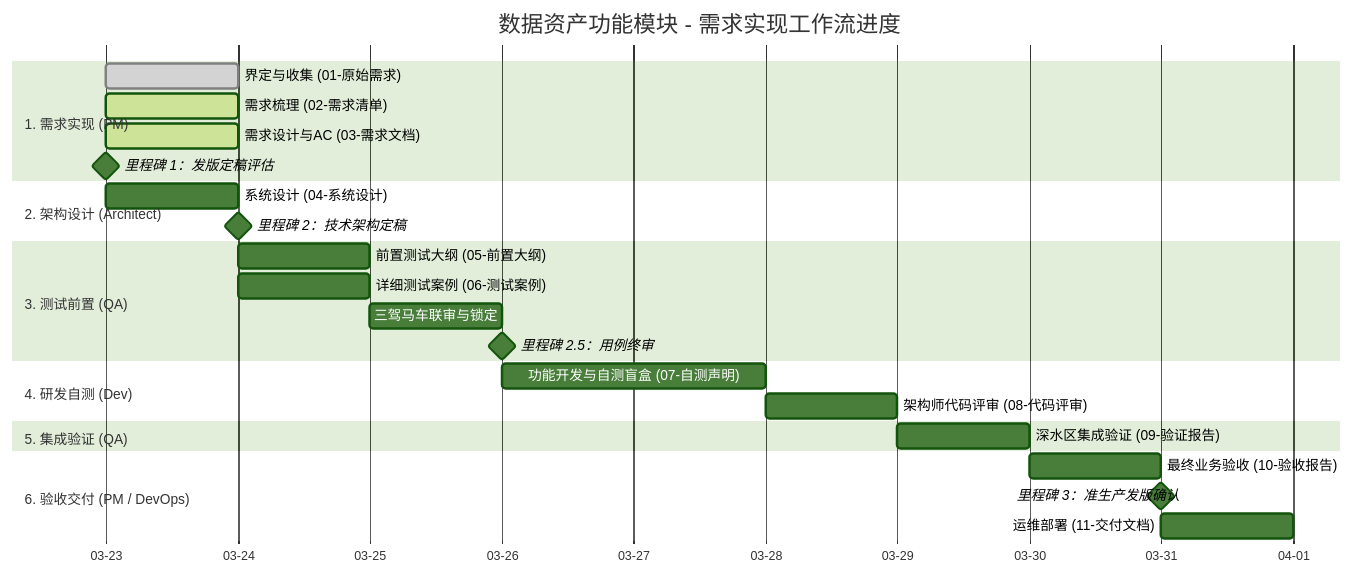
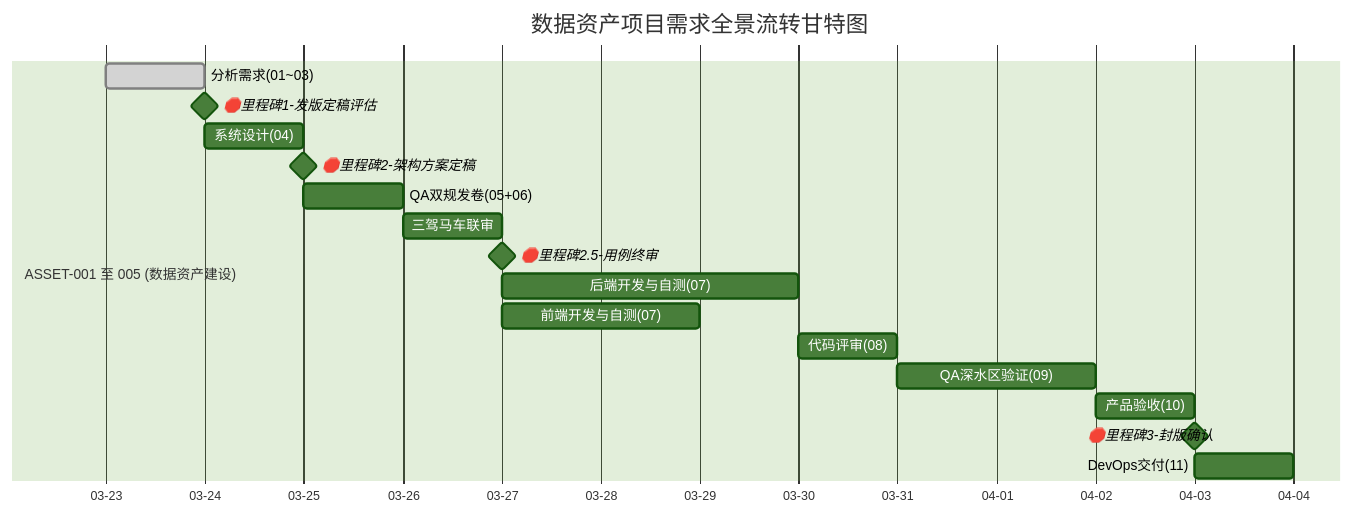
The diagram in docs/00-需求跟踪.md (cheng-1023/om-175-ym), drawn with Mermaid (forest theme) before and after one commit. The commit also changed other lines of this file and 5 other files, not shown here.

````diff
--- a/docs/00-需求跟踪.md
+++ b/docs/00-需求跟踪.md
@@ -5,34 +5,22 @@
 ```mermaid
 gantt
-    title 数据资产功能模块 - 需求实现工作流进度
+    title 数据资产项目需求全景流转甘特图
     dateFormat  YYYY-MM-DD
     axisFormat  %m-%d
-    
-    section 1. 需求实现 (PM)
-    界定与收集 (01-原始需求)       :done,    pm1, 2026-03-23, 1d
-    需求梳理 (02-需求清单)          :active,  pm2, 2026-03-23, 1d
-    需求设计与AC (03-需求文档)      :active,  pm3, 2026-03-23, 1d
-    里程碑 1：发版定稿评估          :milestone, m1,  2026-03-23, 0d
-    
-    section 2. 架构设计 (Architect)
-    系统设计 (04-系统设计)          :         ar1, after m1, 1d
-    里程碑 2：技术架构定稿          :milestone, m2,  after ar1, 0d
-    
-    section 3. 测试前置 (QA)
-    前置测试大纲 (05-前置大纲)      :         qa1, after m2, 1d
-    详细测试案例 (06-测试案例)      :         qa2, after m2, 1d
-    三驾马车联审与锁定              :         qa3, after qa2, 1d
-    里程碑 2.5：用例终审            :milestone, m25, after qa3, 0d
-    
-    section 4. 研发自测 (Dev)
-    功能开发与自测盲盒 (07-自测声明) :         dev1, after m25, 2d
-    架构师代码评审 (08-代码评审)    :         ar2, after dev1, 1d
-    
-    section 5. 集成验证 (QA)
-    深水区集成验证 (09-验证报告)    :         qa4, after ar2, 1d
-    
-    section 6. 验收交付 (PM / DevOps)
-    最终业务验收 (10-验收报告)      :         pm4, after qa4, 1d
-    里程碑 3：准生产发版确认        :milestone, m3,  after pm4, 0d
-    运维部署 (11-交付文档)          :         op1, after m3, 1d
+
+    section ASSET-001 至 005 (数据资产建设)
+    分析需求(01~03)        :done, a1, 2026-03-23, 1d
+    🛑里程碑1-发版定稿评估  :milestone, m1, after a1, 0d
+    系统设计(04)            :a2, after a1, 1d
+    🛑里程碑2-架构方案定稿  :milestone, m2, after a2, 0d
+    QA双规发卷(05+06)       :a3, after a2, 1d
+    三驾马车联审             :a4, after a3, 1d
+    🛑里程碑2.5-用例终审    :milestone, m3, after a4, 0d
+    后端开发与自测(07)       :a5, after a4, 3d
+    前端开发与自测(07)       :a6, after a4, 2d
+    代码评审(08)             :a7, after a5 a6, 1d
+    QA深水区验证(09)         :a8, after a7, 2d
+    产品验收(10)             :a9, after a8, 1d
+    🛑里程碑3-封版确认      :milestone, m4, after a9, 0d
+    DevOps交付(11)           :a10, after a9, 1d
 ```
````
